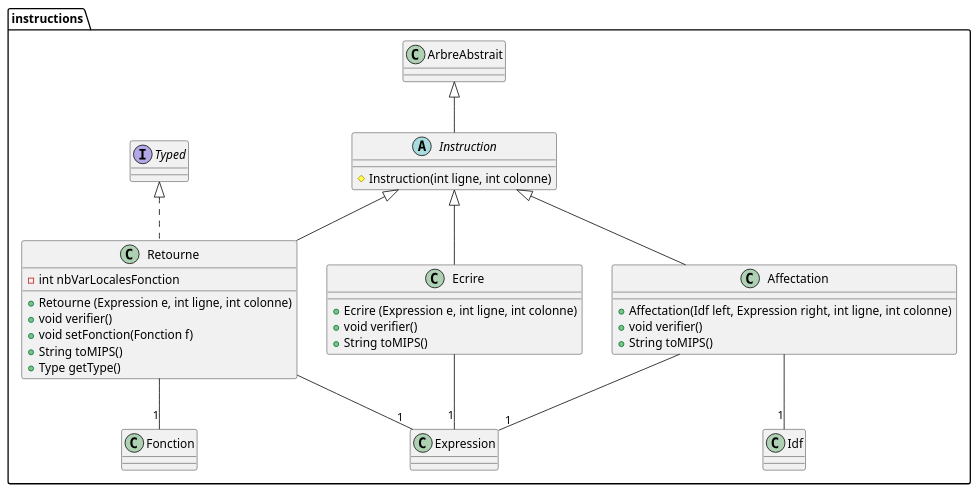
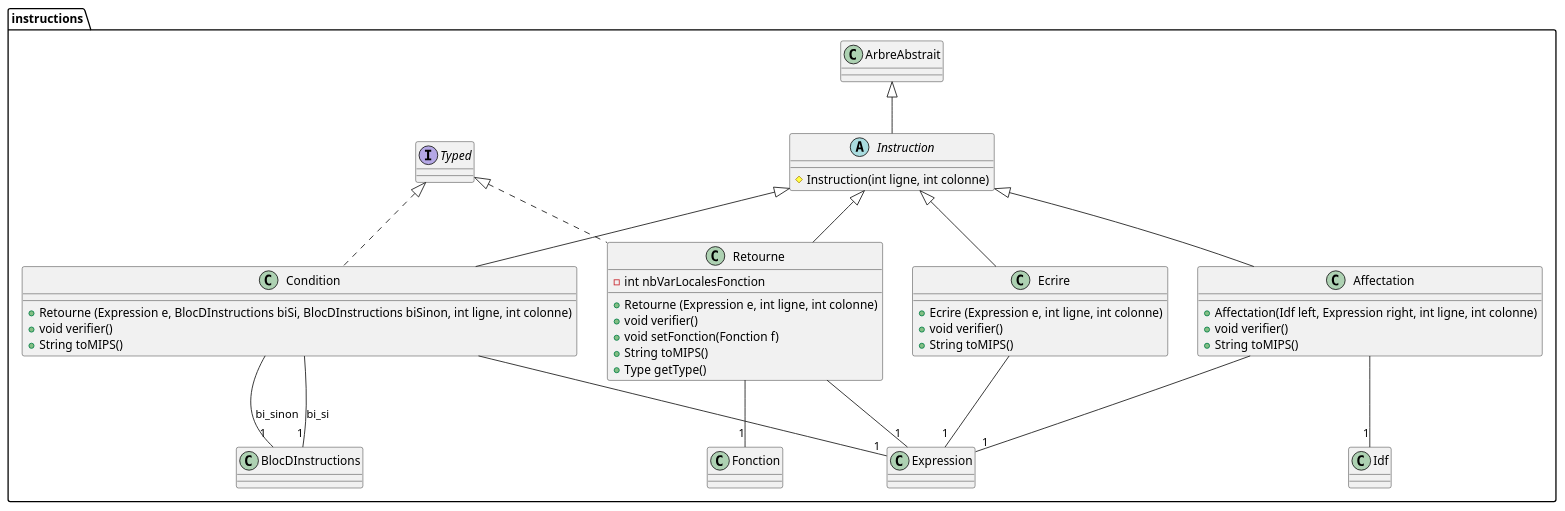
The diagram in src/Diagrammes/arbre.instructions.puml (wehddn/L3-Compilation-Projet), drawn with PlantUML before and after one commit. The commit also changed 2 other files, not shown here.

Commit message:
Ajout de Condition - Diagramme - Grammaire - Class

```diff
--- a/src/Diagrammes/arbre.instructions.puml
+++ b/src/Diagrammes/arbre.instructions.puml
@@ -1,36 +1,45 @@
 @startuml
 package instructions {
 
 	class Affectation extends Instruction {
 		+ Affectation(Idf left, Expression right, int ligne, int colonne)
 		+ void verifier()
 		+ String toMIPS()
 	}
 
 	Affectation --"1" Idf
 	Affectation --"1" Expression
 
 	class Ecrire extends Instruction{
 		+ Ecrire (Expression e, int ligne, int colonne)
 		+ void verifier()
 		+ String toMIPS()
 	}
 	Ecrire --"1" Expression
 
 	abstract class Instruction extends ArbreAbstrait{
 		# Instruction(int ligne, int colonne)
 	}
 
 	class Retourne extends Instruction implements Typed{
 		- int nbVarLocalesFonction
 		+ Retourne (Expression e, int ligne, int colonne)
 		+ void verifier()
 		+ void setFonction(Fonction f)
 		+ String toMIPS()
 		+ Type getType()
 	}
 	Retourne --"1" Expression
 	Retourne --"1" Fonction
 
+	class Condition extends Instruction implements Typed{
+		+ Retourne (Expression e, BlocDInstructions biSi, BlocDInstructions biSinon, int ligne, int colonne)
+		+ void verifier()
+		+ String toMIPS()
+	}
+	Condition --"1" Expression
+	Condition --"1" BlocDInstructions : bi_si
+	Condition --"1" BlocDInstructions : bi_sinon
+
 }
 @enduml
```
